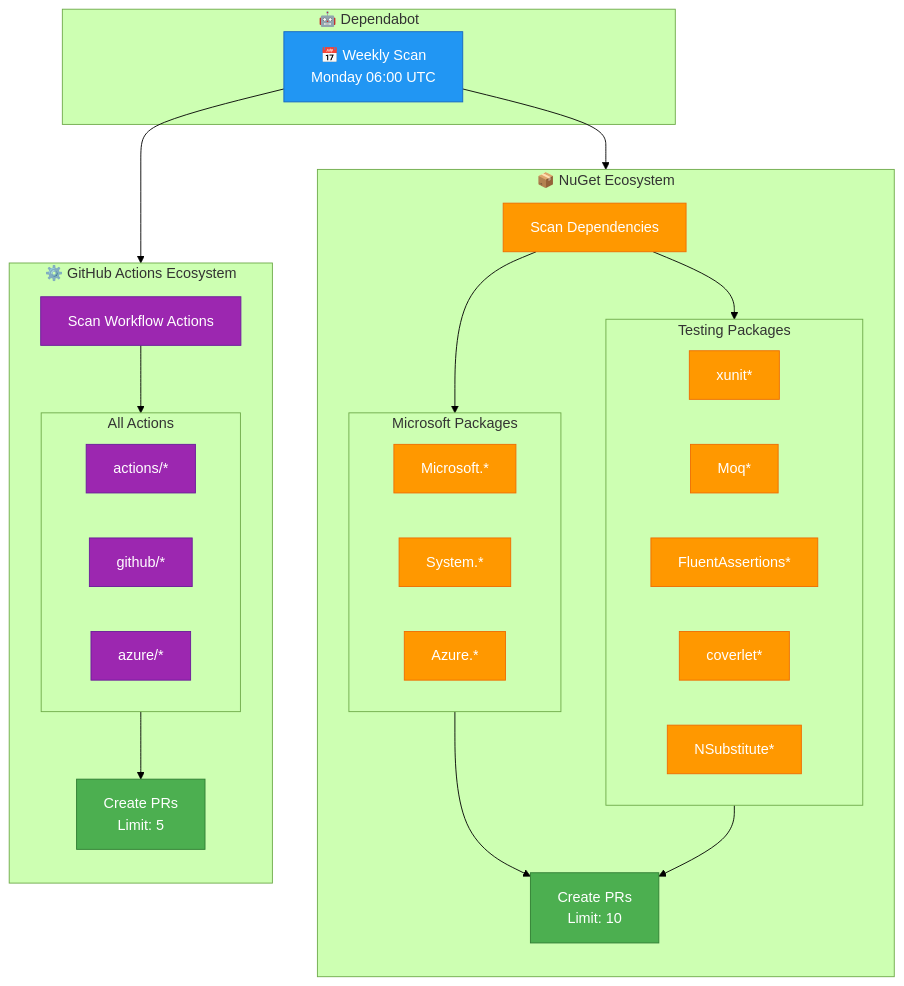
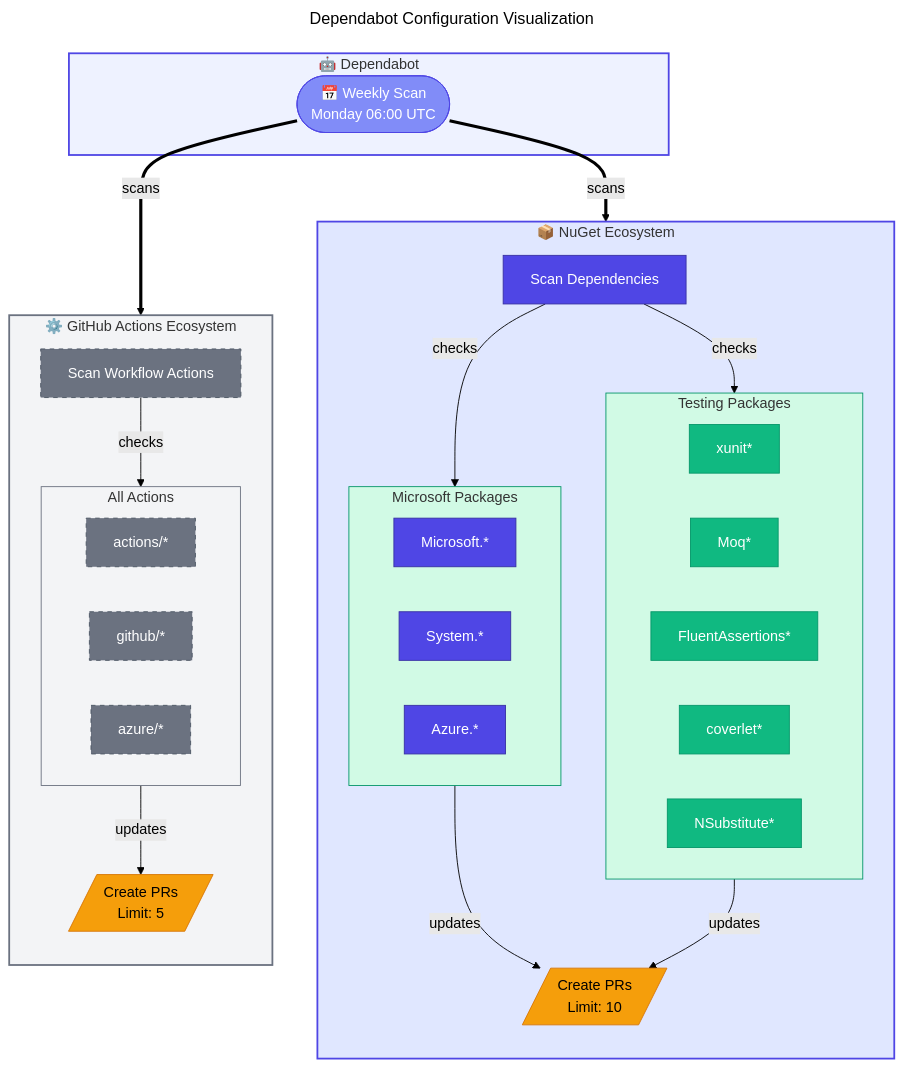
One commit to Evilazaro/Azure-LogicApps-Monitoring changed the first of 2 diagrams in docs/devops/dependabot.md. Above: the diagram before and after it, drawn with Mermaid (forest theme). The commit also changed 1 other file, not shown here.

Commit message:
refactor: Enhance CodeQL and Dependabot diagrams with improved clarity, structure, and styling

````diff
--- a/docs/devops/dependabot.md
+++ b/docs/devops/dependabot.md
@@ -58,60 +58,78 @@
 ```mermaid
+---
+title: Dependabot Configuration Visualization
+---
 flowchart TD
+    %% ===== DEPENDABOT SCHEDULER =====
     subgraph Dependabot["🤖 Dependabot"]
-        SCAN[📅 Weekly Scan<br/>Monday 06:00 UTC]
+        SCAN(["📅 Weekly Scan<br/>Monday 06:00 UTC"])
     end
 
+    %% ===== NUGET ECOSYSTEM =====
     subgraph NuGet["📦 NuGet Ecosystem"]
         direction TB
-        N_SCAN[Scan Dependencies]
+        N_SCAN["Scan Dependencies"]
 
         subgraph MicrosoftGroup["Microsoft Packages"]
-            MS1[Microsoft.*]
-            MS2[System.*]
-            MS3[Azure.*]
+            MS1["Microsoft.*"]
+            MS2["System.*"]
+            MS3["Azure.*"]
         end
 
         subgraph TestingGroup["Testing Packages"]
-            T1[xunit*]
-            T2[Moq*]
-            T3[FluentAssertions*]
-            T4[coverlet*]
-            T5[NSubstitute*]
+            T1["xunit*"]
+            T2["Moq*"]
+            T3["FluentAssertions*"]
+            T4["coverlet*"]
+            T5["NSubstitute*"]
         end
 
-        N_PR[Create PRs<br/>Limit: 10]
+        N_PR[/"Create PRs<br/>Limit: 10"/]
     end
 
+    %% ===== GITHUB ACTIONS ECOSYSTEM =====
     subgraph Actions["⚙️ GitHub Actions Ecosystem"]
         direction TB
-        A_SCAN[Scan Workflow Actions]
+        A_SCAN["Scan Workflow Actions"]
 
         subgraph ActionsGroup["All Actions"]
-            A1[actions/*]
-            A2[github/*]
-            A3[azure/*]
+            A1["actions/*"]
+            A2["github/*"]
+            A3["azure/*"]
         end
 
-        A_PR[Create PRs<br/>Limit: 5]
+        A_PR[/"Create PRs<br/>Limit: 5"/]
     end
 
-    SCAN --> N_SCAN
-    SCAN --> A_SCAN
-    N_SCAN --> MicrosoftGroup
-    N_SCAN --> TestingGroup
-    MicrosoftGroup --> N_PR
-    TestingGroup --> N_PR
-    A_SCAN --> ActionsGroup
-    ActionsGroup --> A_PR
+    %% ===== SCAN FLOWS =====
+    SCAN ==>|scans| N_SCAN
+    SCAN ==>|scans| A_SCAN
+    N_SCAN -->|checks| MicrosoftGroup
+    N_SCAN -->|checks| TestingGroup
+    MicrosoftGroup -->|updates| N_PR
+    TestingGroup -->|updates| N_PR
+    A_SCAN -->|checks| ActionsGroup
+    ActionsGroup -->|updates| A_PR
 
-    %% Styling
-    classDef scan fill:#2196F3,stroke:#1565C0,color:#fff
-    classDef nuget fill:#FF9800,stroke:#EF6C00,color:#fff
-    classDef actions fill:#9C27B0,stroke:#6A1B9A,color:#fff
-    classDef pr fill:#4CAF50,stroke:#2E7D32,color:#fff
+    %% ===== NODE STYLING =====
+    classDef trigger fill:#818CF8,stroke:#4F46E5,color:#FFFFFF
+    classDef primary fill:#4F46E5,stroke:#3730A3,color:#FFFFFF
+    classDef secondary fill:#10B981,stroke:#059669,color:#FFFFFF
+    classDef external fill:#6B7280,stroke:#4B5563,color:#FFFFFF,stroke-dasharray:5 5
+    classDef datastore fill:#F59E0B,stroke:#D97706,color:#000000
 
-    class SCAN scan
-    class N_SCAN,MS1,MS2,MS3,T1,T2,T3,T4,T5 nuget
-    class A_SCAN,A1,A2,A3 actions
-    class N_PR,A_PR pr
+    %% ===== APPLY NODE CLASSES =====
+    class SCAN trigger
+    class N_SCAN,MS1,MS2,MS3 primary
+    class T1,T2,T3,T4,T5 secondary
+    class A_SCAN,A1,A2,A3 external
+    class N_PR,A_PR datastore
+
+    %% ===== SUBGRAPH STYLING =====
+    style Dependabot fill:#EEF2FF,stroke:#4F46E5,stroke-width:2px
+    style NuGet fill:#E0E7FF,stroke:#4F46E5,stroke-width:2px
+    style MicrosoftGroup fill:#D1FAE5,stroke:#059669,stroke-width:1px
+    style TestingGroup fill:#D1FAE5,stroke:#059669,stroke-width:1px
+    style Actions fill:#F3F4F6,stroke:#6B7280,stroke-width:2px
+    style ActionsGroup fill:#F3F4F6,stroke:#6B7280,stroke-width:1px
 ```
````
